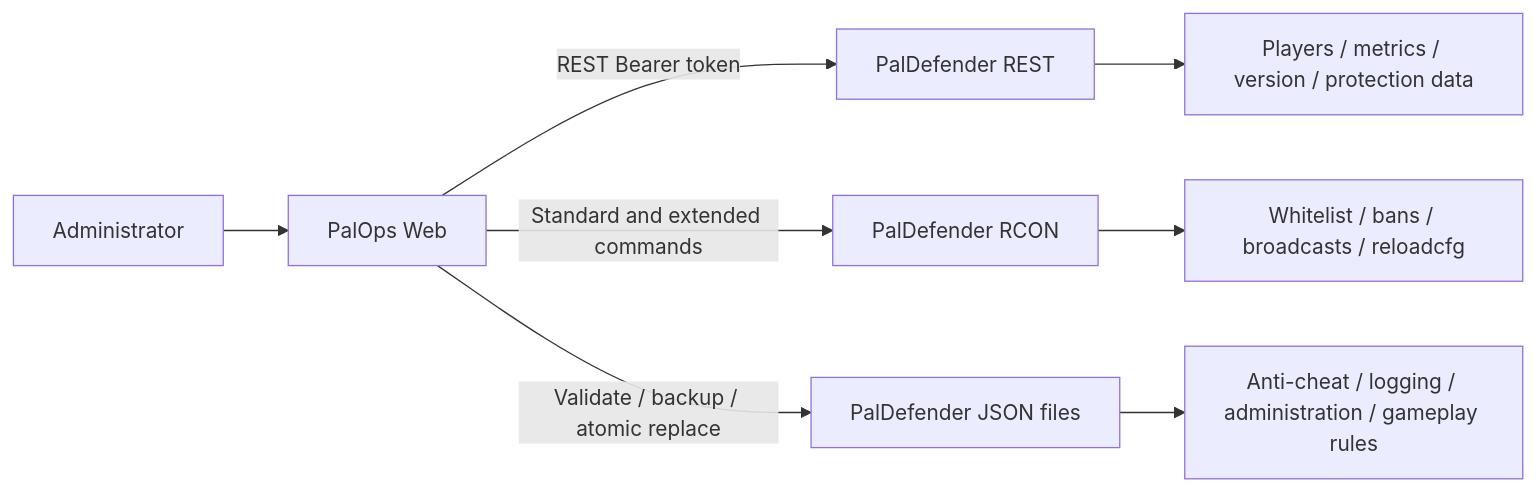
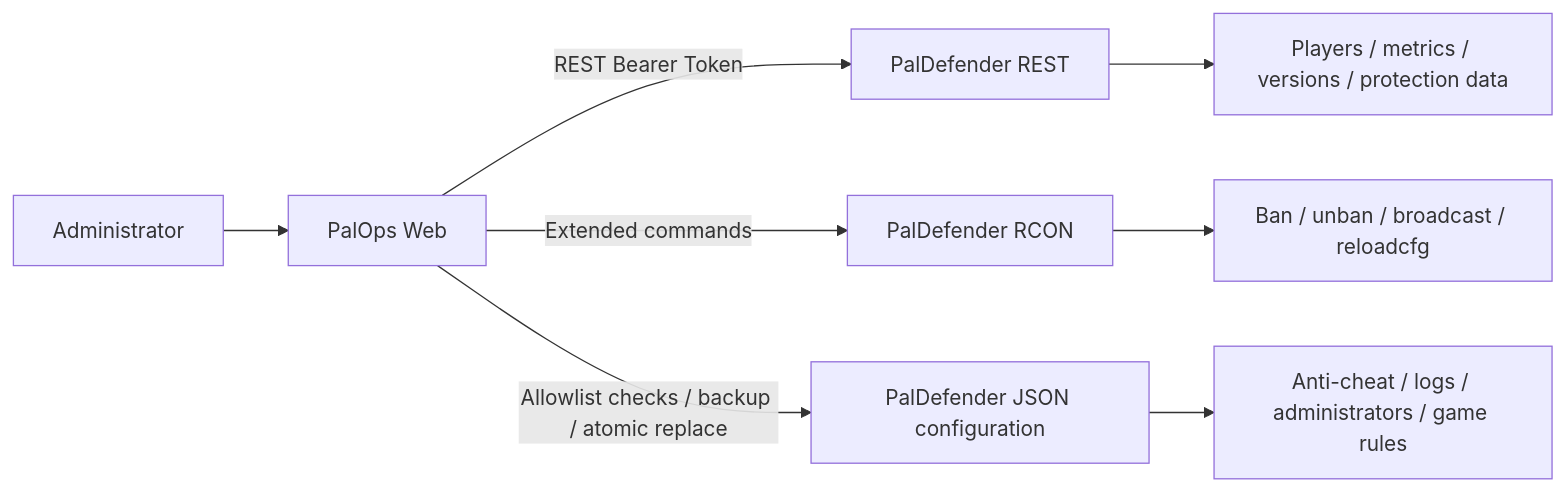
Before and after one commit to CoderYiXin/PalOpsWeb: the first of 2 diagrams in README.en.md, drawn with Mermaid. The commit also changed other lines of this file and 127 other files, not shown here.

````diff
--- a/README.en.md
+++ b/README.en.md
@@ -200,10 +186,10 @@
 ```mermaid
 flowchart LR
     Admin[Administrator] --> PalOps[PalOps Web]
-    PalOps -->|REST Bearer token| PDREST[PalDefender REST]
-    PalOps -->|Standard and extended commands| RCON[PalDefender RCON]
-    PalOps -->|Validate / backup / atomic replace| Config[PalDefender JSON files]
-    PDREST --> Runtime[Players / metrics / version / protection data]
-    RCON --> Operations[Whitelist / bans / broadcasts / reloadcfg]
-    Config --> Protection[Anti-cheat / logging / administration / gameplay rules]
+    PalOps -->|REST Bearer Token| PDREST[PalDefender REST]
+    PalOps -->|Extended commands| RCON[PalDefender RCON]
+    PalOps -->|Allowlist checks / backup / atomic replace| Config[PalDefender JSON configuration]
+    PDREST --> Runtime[Players / metrics / versions / protection data]
+    RCON --> Operations[Ban / unban / broadcast / reloadcfg]
+    Config --> Protection[Anti-cheat / logs / administrators / game rules]
 ```
````
